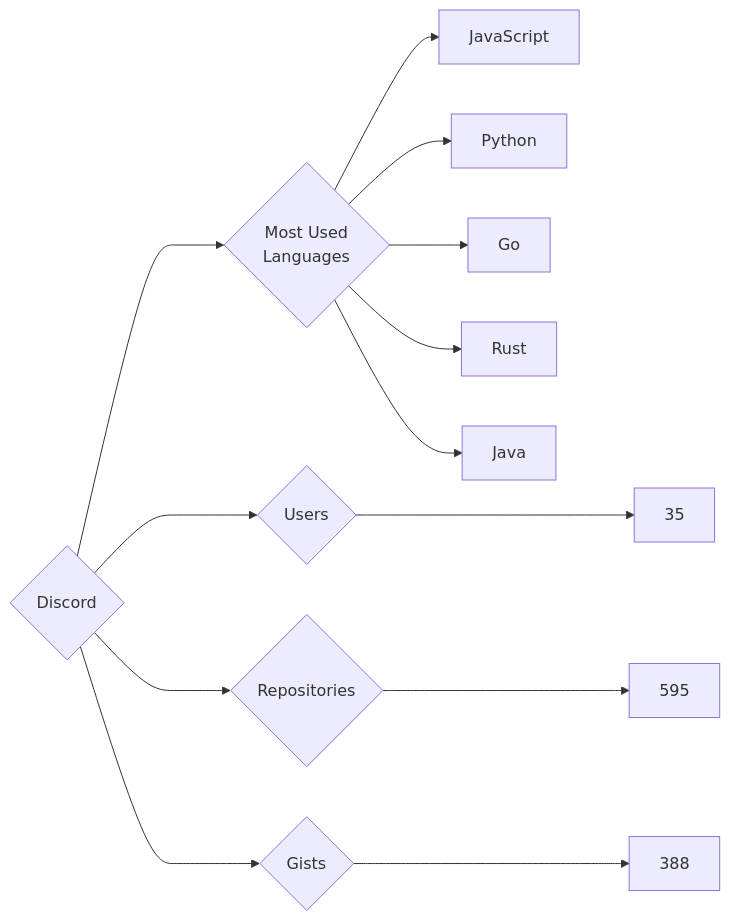
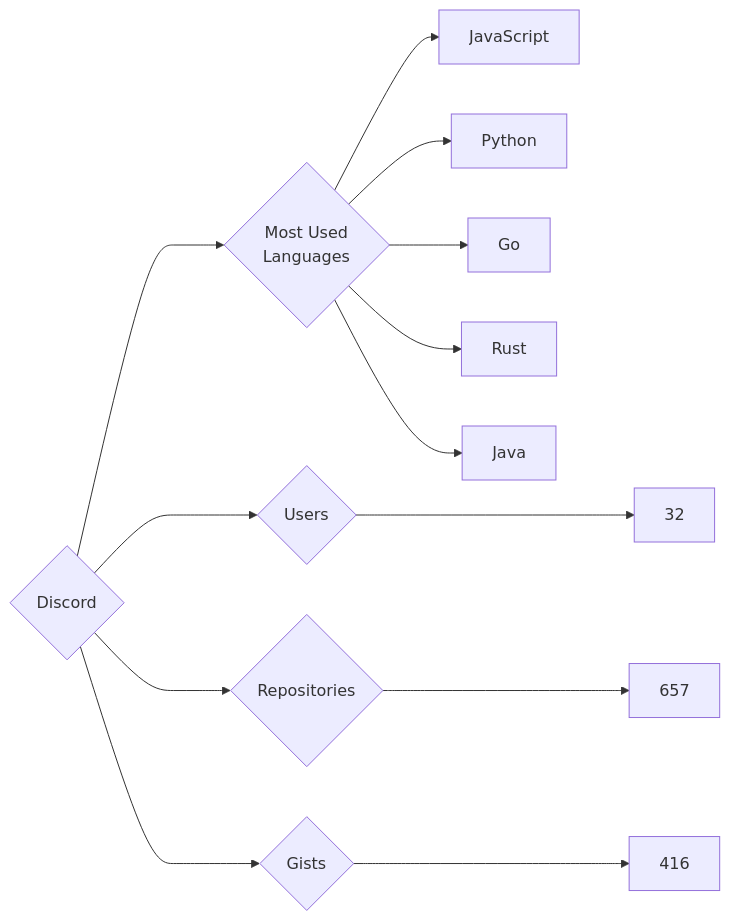
Before and after one commit to trickest/insiders: the diagram in targets/Discord/README.md, drawn with Mermaid. The commit also changed 837 other files, not shown here.

````diff
--- a/targets/Discord/README.md
+++ b/targets/Discord/README.md
@@ -3,13 +3,13 @@
 ```mermaid
 graph LR
 COMPANY_NAME{Discord}
-COMPANY_NAME ---> U{Users} ---> UN[35]
-COMPANY_NAME ---> R{Repositories} ---> RN[595]
-COMPANY_NAME ---> G{Gists} ---> GN[388]
+COMPANY_NAME ---> U{Users} ---> UN[32]
+COMPANY_NAME ---> R{Repositories} ---> RN[657]
+COMPANY_NAME ---> G{Gists} ---> GN[416]
 COMPANY_NAME ---> ML{Most Used<br>Languages}
 ML --> JavaScript[JavaScript]
 ML --> Python[Python]
 ML --> Go[Go]
 ML --> Rust[Rust]
 ML --> Java[Java]
 ```
````
